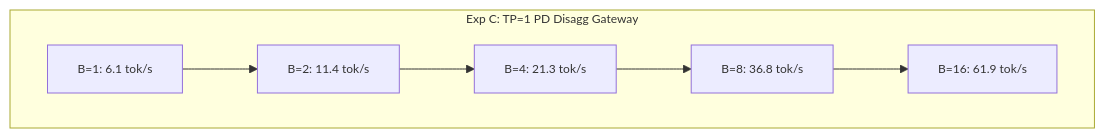
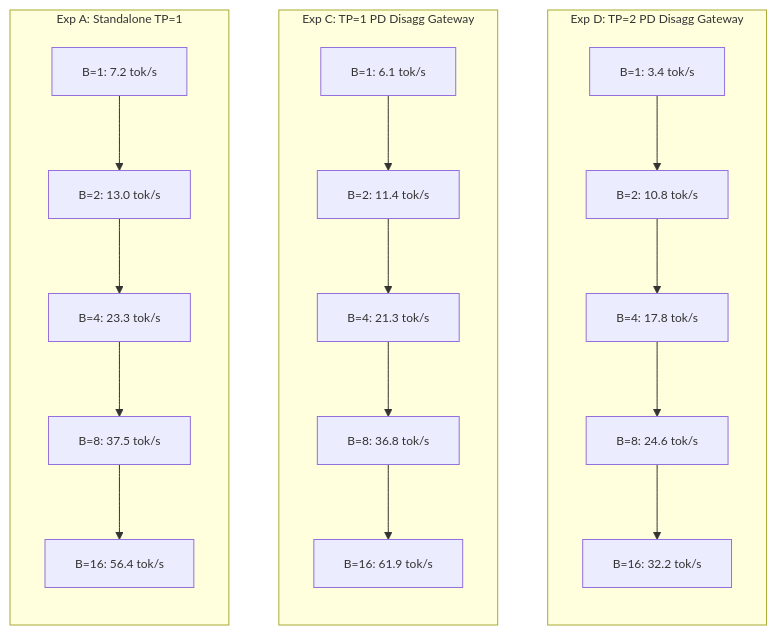
One commit to vknaik/llm-d changed the first of 2 diagrams in guides/pd-disaggregation/modelserver/aiu/docs/disagg-pd-performance-comparison-analysis.md. Above: the diagram before and after it, drawn with Mermaid. The commit also changed other lines of this file and 13 other files, not shown here.

````diff
--- a/guides/pd-disaggregation/modelserver/aiu/docs/disagg-pd-performance-comparison-analysis.md
+++ b/guides/pd-disaggregation/modelserver/aiu/docs/disagg-pd-performance-comparison-analysis.md
@@ -541,10 +534,29 @@
 ```mermaid
 %%{init: {'themeVariables': {'fontSize': '12px', 'fontFamily': 'IBM Plex Sans, sans-serif'}}}%%
-graph TD
+flowchart LR
+    subgraph Standalone_TP1 [Exp A: Standalone TP=1]
+        direction TB
+        A1[B=1: 7.2 tok/s] --> A2[B=2: 13.0 tok/s]
+        A2 --> A4[B=4: 23.3 tok/s]
+        A4 --> A8[B=8: 37.5 tok/s]
+        A8 --> A16[B=16: 56.4 tok/s]
+    end
+
     subgraph Disagg_TP1 [Exp C: TP=1 PD Disagg Gateway]
+        direction TB
         C1[B=1: 6.1 tok/s] --> C2[B=2: 11.4 tok/s]
         C2 --> C4[B=4: 21.3 tok/s]
         C4 --> C8[B=8: 36.8 tok/s]
         C8 --> C16[B=16: 61.9 tok/s]
     end
+
+    subgraph Disagg_TP2 [Exp D: TP=2 PD Disagg Gateway]
+        direction TB
+        D1[B=1: 3.4 tok/s] --> D2[B=2: 10.8 tok/s]
+        D2 --> D4[B=4: 17.8 tok/s]
+        D4 --> D8[B=8: 24.6 tok/s]
+        D8 --> D16[B=16: 32.2 tok/s]
+    end
+
+    Standalone_TP1 ~~~ Disagg_TP1 ~~~ Disagg_TP2
 ```
````
